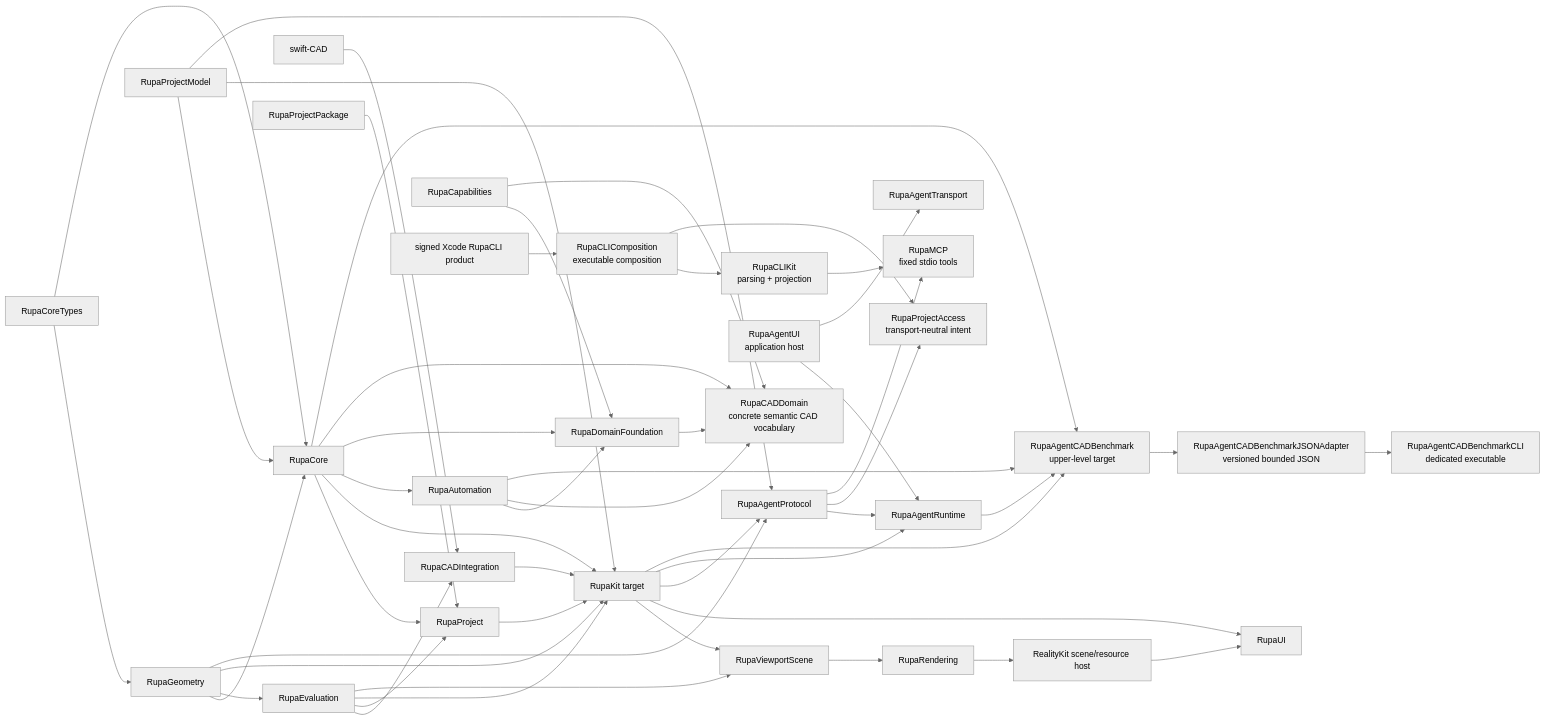
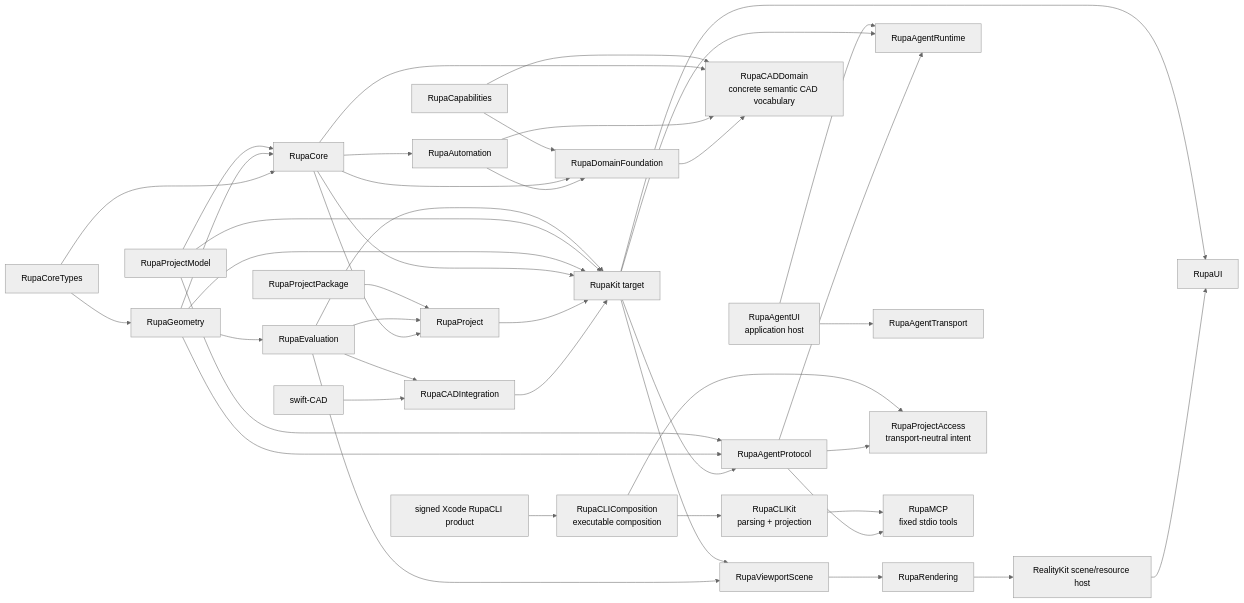
One commit to 1amageek/Rupa changed the first of 2 diagrams in RupaKit/DESIGN.md. Above: the diagram before and after it, drawn with Mermaid (neutral theme). The commit also changed other lines of this file and 5 other files, not shown here.

Commit message:
Remove stale benchmark architecture references

````diff
--- a/RupaKit/DESIGN.md
+++ b/RupaKit/DESIGN.md
@@ -105,52 +93,46 @@
 ```mermaid
 flowchart LR
     CoreTypes[RupaCoreTypes] --> Geometry[RupaGeometry]
     CoreTypes --> Core[RupaCore]
     Geometry --> Core
     ProjectModel[RupaProjectModel] --> Core
     SwiftCAD[swift-CAD] --> CADIntegration[RupaCADIntegration]
     Evaluation[RupaEvaluation] --> CADIntegration
     CADIntegration --> Kit
     Core --> Project[RupaProject]
     Evaluation --> Project
     Package[RupaProjectPackage] --> Project
     Geometry --> Evaluation
     Project --> Kit[RupaKit target]
     Core --> Kit
     Geometry --> Kit
     ProjectModel --> Kit
     Evaluation --> Kit
     Evaluation --> ViewportScene[RupaViewportScene]
     Kit --> ViewportScene
     ViewportScene --> Rendering[RupaRendering]
     Rendering --> RealityViewport["RealityKit scene/resource host"]
     RealityViewport --> UI
     Kit --> UI["RupaUI"]
     Kit --> AgentProtocol[RupaAgentProtocol]
     Geometry --> AgentProtocol
     ProjectModel --> AgentProtocol
     Automation[RupaAutomation] --> DomainFoundation[RupaDomainFoundation]
     Core --> Automation
     Core --> DomainFoundation
     Capabilities[RupaCapabilities] --> DomainFoundation
     DomainFoundation --> CADDomain["RupaCADDomain\nconcrete semantic CAD vocabulary"]
     Automation --> CADDomain
     Core --> CADDomain
     Capabilities --> CADDomain
     AgentProtocol --> AgentRuntime[RupaAgentRuntime]
     Kit --> AgentRuntime
     AgentUI[RupaAgentUI\napplication host] --> AgentRuntime
     AgentUI --> AgentTransport[RupaAgentTransport]
-    AgentRuntime --> Benchmark["RupaAgentCADBenchmark\nupper-level target"]
-    Core --> Benchmark
-    Automation --> Benchmark
-    Kit --> Benchmark
-    Benchmark --> JSONAdapter["RupaAgentCADBenchmarkJSONAdapter\nversioned bounded JSON"]
-    JSONAdapter --> BenchmarkCLI["RupaAgentCADBenchmarkCLI\ndedicated executable"]
     AgentProtocol --> Access["RupaProjectAccess\ntransport-neutral intent"]
     AgentProtocol --> MCP["RupaMCP\nfixed stdio tools"]
     CLIProduct["signed Xcode RupaCLI product"] --> CLIComposition["RupaCLIComposition\nexecutable composition"]
     CLIComposition --> CLIKit["RupaCLIKit\nparsing + projection"]
     CLIKit --> MCP
     CLIComposition --> Access
 ```
````
